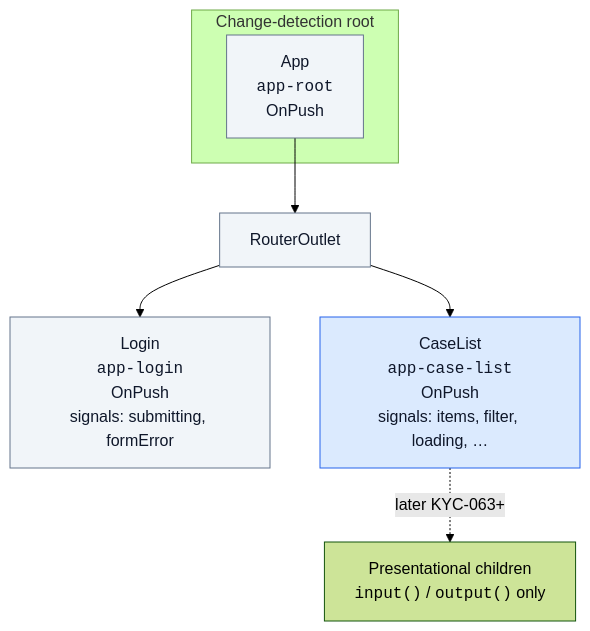
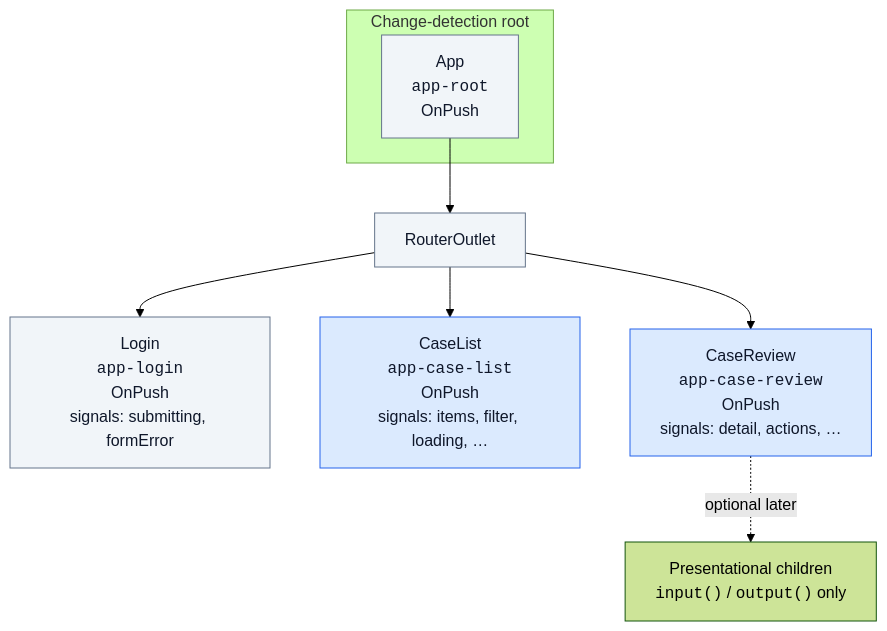
The diagram in docs/frontend-code-standards.md (SDS37/kyc-multi-frontend), drawn with Mermaid (forest theme) before and after one commit. The commit also changed other lines of this file and 17 other files, not shown here.

First line of the commit message:
feat(angular): KYC-063 Angular case review (#93)

````diff
--- a/docs/frontend-code-standards.md
+++ b/docs/frontend-code-standards.md
@@ -137,18 +172,19 @@
 ```mermaid
 flowchart TB
   subgraph root["Change-detection root"]
     App["App<br/><code>app-root</code><br/>OnPush"]
   end
 
   App --> Outlet["RouterOutlet"]
 
   Outlet --> Login["Login<br/><code>app-login</code><br/>OnPush<br/>signals: submitting, formError"]
   Outlet --> CaseList["CaseList<br/><code>app-case-list</code><br/>OnPush<br/>signals: items, filter, loading, …"]
+  Outlet --> CaseReview["CaseReview<br/><code>app-case-review</code><br/>OnPush<br/>signals: detail, actions, …"]
 
-  CaseList -.->|"later KYC-063+"| Presentational["Presentational children<br/><code>input()</code> / <code>output()</code> only"]
+  CaseReview -.->|"optional later"| Presentational["Presentational children<br/><code>input()</code> / <code>output()</code> only"]
 
   classDef dirty fill:#dbeafe,stroke:#2563eb,color:#0f172a
   classDef idle fill:#f1f5f9,stroke:#64748b,color:#0f172a
-  class CaseList dirty
+  class CaseList,CaseReview dirty
   class App,Login,Outlet idle
 ```
````
